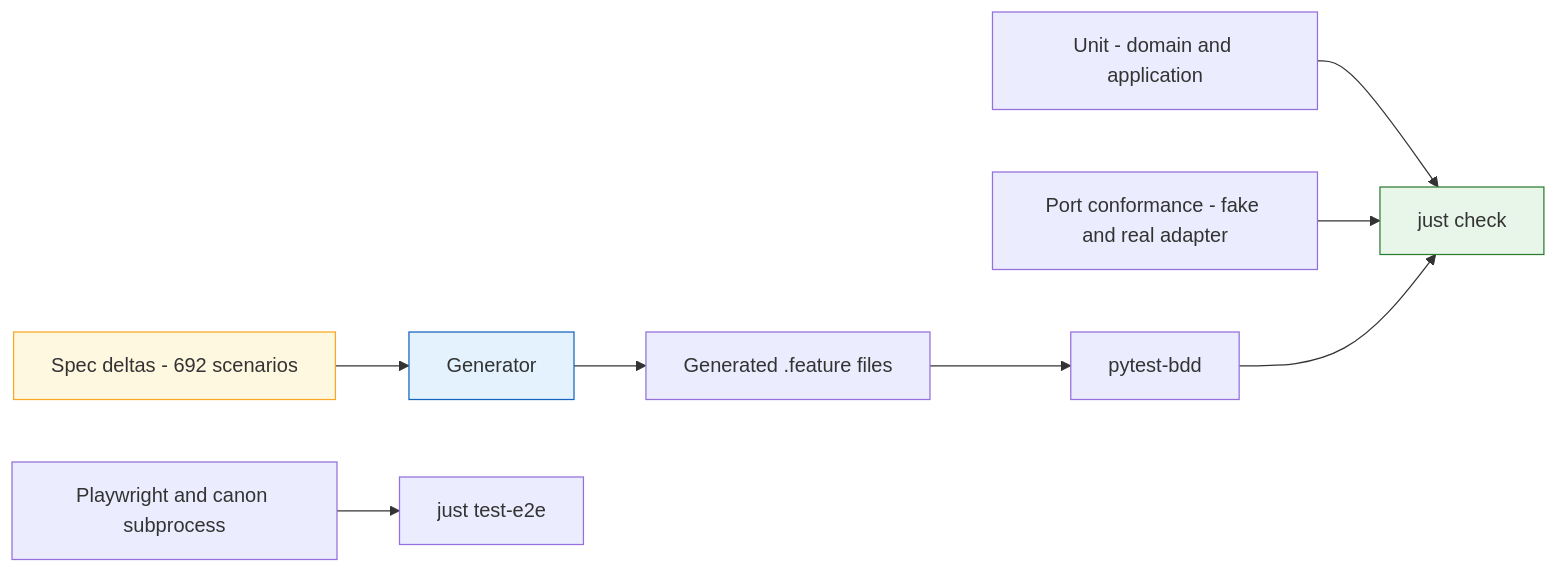
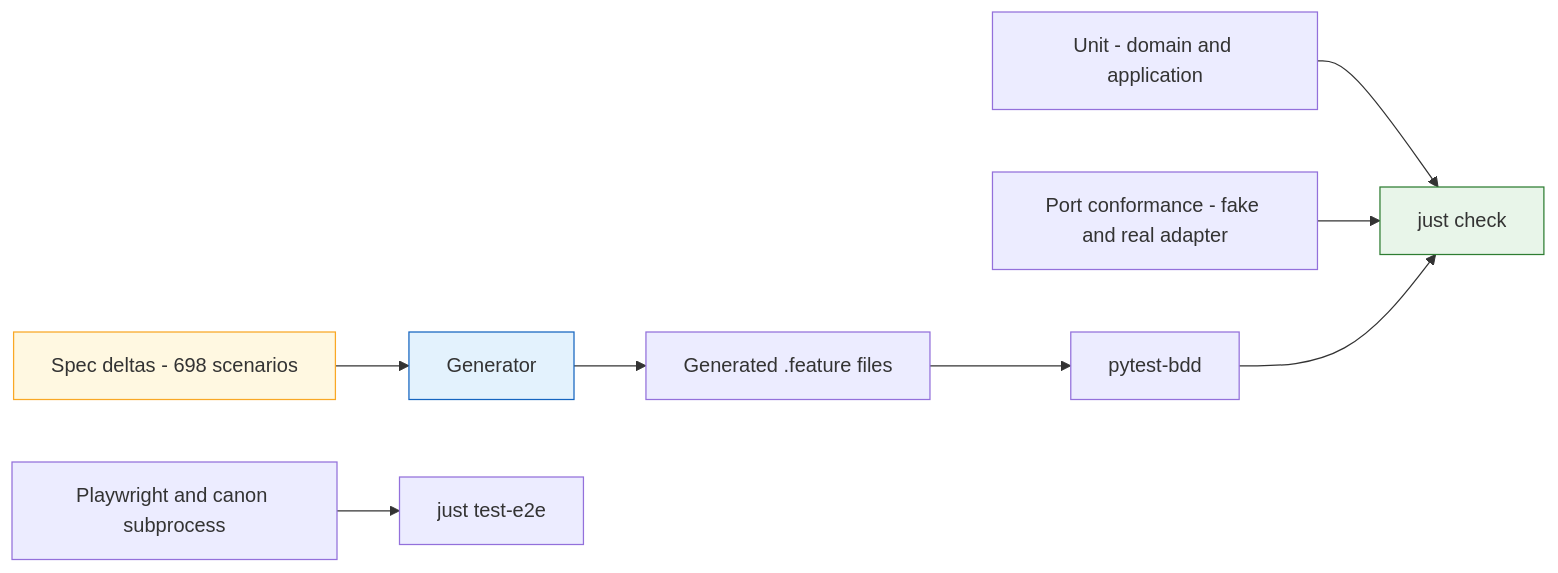
The ninth of 9 diagrams in README.md (CyberdyneCorp/CyberCannon), drawn with Mermaid before and after one commit. The commit also changed 34 other files, not shown here.

````diff
--- a/README.md
+++ b/README.md
@@ -832,14 +832,14 @@
 ```mermaid
 graph LR
-    SPECS["Spec deltas - 692 scenarios"] --> GEN["Generator"]
+    SPECS["Spec deltas - 698 scenarios"] --> GEN["Generator"]
     GEN --> FEAT["Generated .feature files"]
     FEAT --> BDD["pytest-bdd"]
     UNIT["Unit - domain and application"] --> CHECK["just check"]
     CONF["Port conformance - fake and real adapter"] --> CHECK
     BDD --> CHECK
     E2E["Playwright and canon subprocess"] --> SEP["just test-e2e"]
 
     style SPECS fill:#FFF8E1,stroke:#F9A825
     style GEN fill:#E3F2FD,stroke:#1565C0
     style CHECK fill:#E8F5E9,stroke:#2E7D32
 ```
````
